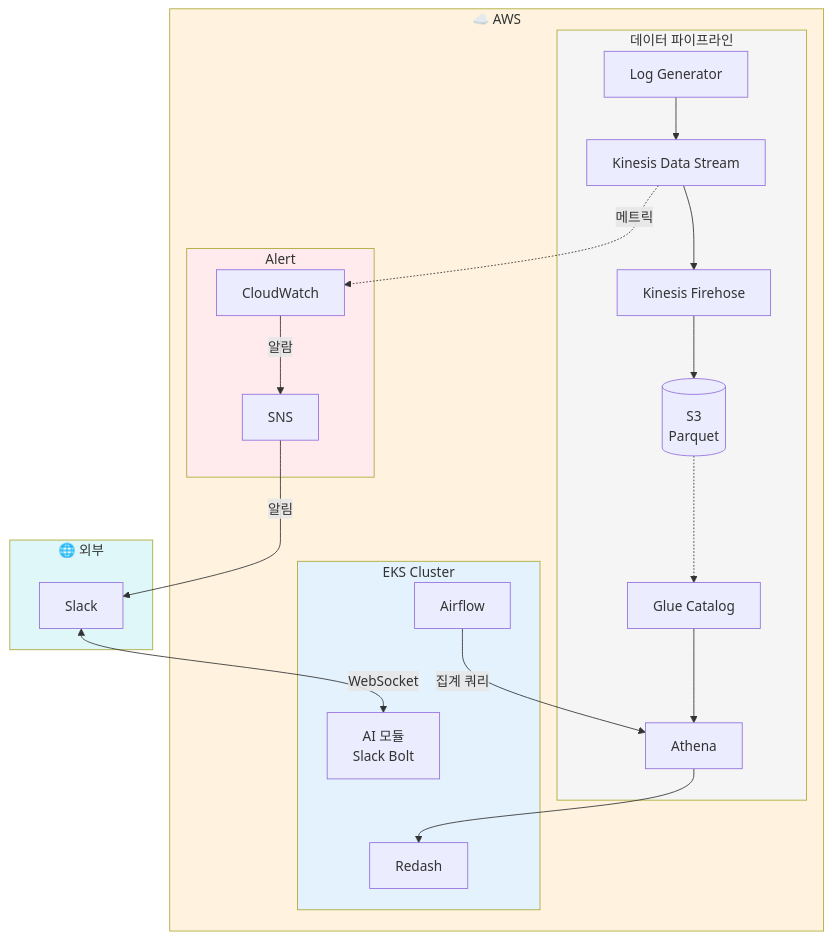
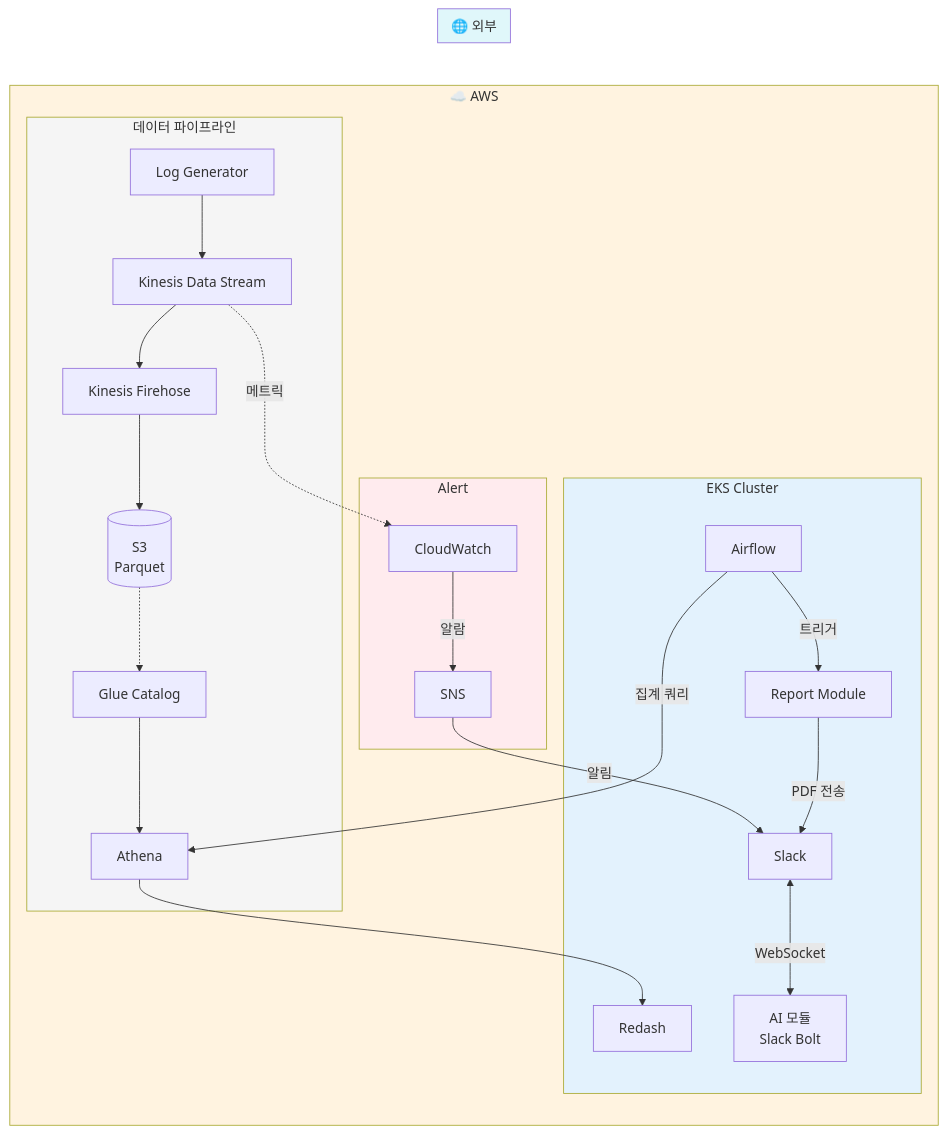
One commit to janghyunwoo2/CAPA changed the diagram in docs/t1/mvp_schedule.md. Above: the diagram before and after it, drawn with Mermaid. The commit also changed other lines of this file and 29 other files, not shown here.

````diff
--- a/docs/t1/mvp_schedule.md
+++ b/docs/t1/mvp_schedule.md
@@ -24,45 +24,48 @@
 ```mermaid
-flowchart TB
+flowchart LR
     subgraph AWS["☁️ AWS"]
         subgraph 데이터_파이프라인["데이터 파이프라인"]
             LG[Log Generator]
             KDS[Kinesis Data Stream]
             KDF[Kinesis Firehose]
             S3[(S3<br/>Parquet)]
             GLUE[Glue Catalog]
             ATH[Athena]
             
             LG --> KDS --> KDF --> S3
             S3 -.-> GLUE --> ATH
         end
 
         subgraph 알림["Alert"]
             CW[CloudWatch]
             SNS[SNS]
             KDS -.->|메트릭| CW -->|알람| SNS
         end
 
         subgraph EKS["EKS Cluster"]
             AF[Airflow]
             RD[Redash]
             AI[AI 모듈<br/>Slack Bolt]
+            RPT[Report Module]
             
             AF -->|집계 쿼리| ATH
             ATH --> RD
+            AF -->|트리거| RPT
+            RPT -->|PDF 전송| SLACK
         end
     end
 
     subgraph 외부["🌐 외부"]
         SLACK[Slack]
     end
 
     %% Slack 연동 (Socket Mode)
     SNS -->|알림| SLACK
     SLACK <-->|WebSocket| AI
 
     style AWS fill:#fff3e0
     style EKS fill:#e3f2fd
     style 데이터_파이프라인 fill:#f5f5f5
     style 알림 fill:#ffebee
     style 외부 fill:#e0f7fa
 ```
````
